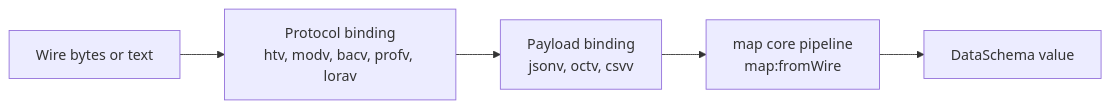
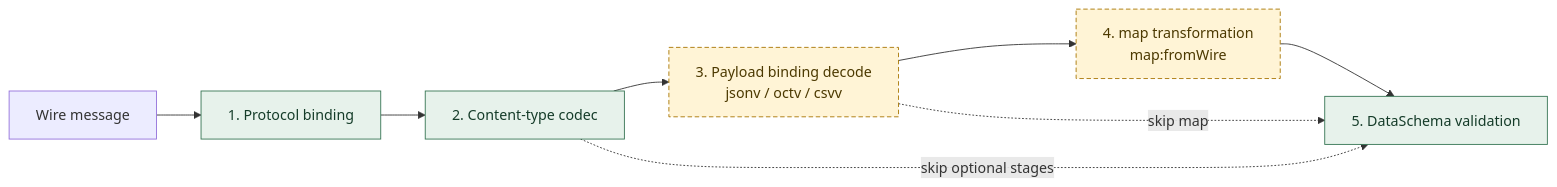
Before and after one commit to w3c/wot-thing-description: the first of 2 diagrams in planning/work-items/analysis/data-mapping/US2345-summary.md, drawn with Mermaid. The commit also changed other lines of this file, not shown here.

Commit message:
Add datamapping summary

````diff
--- a/planning/work-items/analysis/data-mapping/US2345-summary.md
+++ b/planning/work-items/analysis/data-mapping/US2345-summary.md
@@ -14,7 +14,14 @@
 ```mermaid
 flowchart LR
-  W["Wire bytes or text"] --> P["Protocol binding<br/>htv, modv, bacv, profv, lorav"]
-  P --> B["Payload binding<br/>jsonv, octv, csvv"]
-  B --> M["map core pipeline<br/>map:fromWire"]
-  M --> D["DataSchema value"]
+  W["Wire message"] --> S1["1. Protocol binding"]
+  S1 --> S2["2. Content-type codec"]
+  S2 --> S3["3. Payload binding decode<br/>jsonv / octv / csvv"]
+  S3 --> S4["4. map transformation<br/>map:fromWire"]
+  S4 --> S5["5. DataSchema validation"]
+  S2 -. "skip optional stages" .-> S5
+  S3 -. "skip map" .-> S5
+  classDef existing fill:#e7f2eb,stroke:#367553,color:#153c29
+  classDef optional fill:#fff4d6,stroke:#a87500,color:#4c3900,stroke-dasharray:5 3
+  class S1,S2,S5 existing
+  class S3,S4 optional
 ```
````
